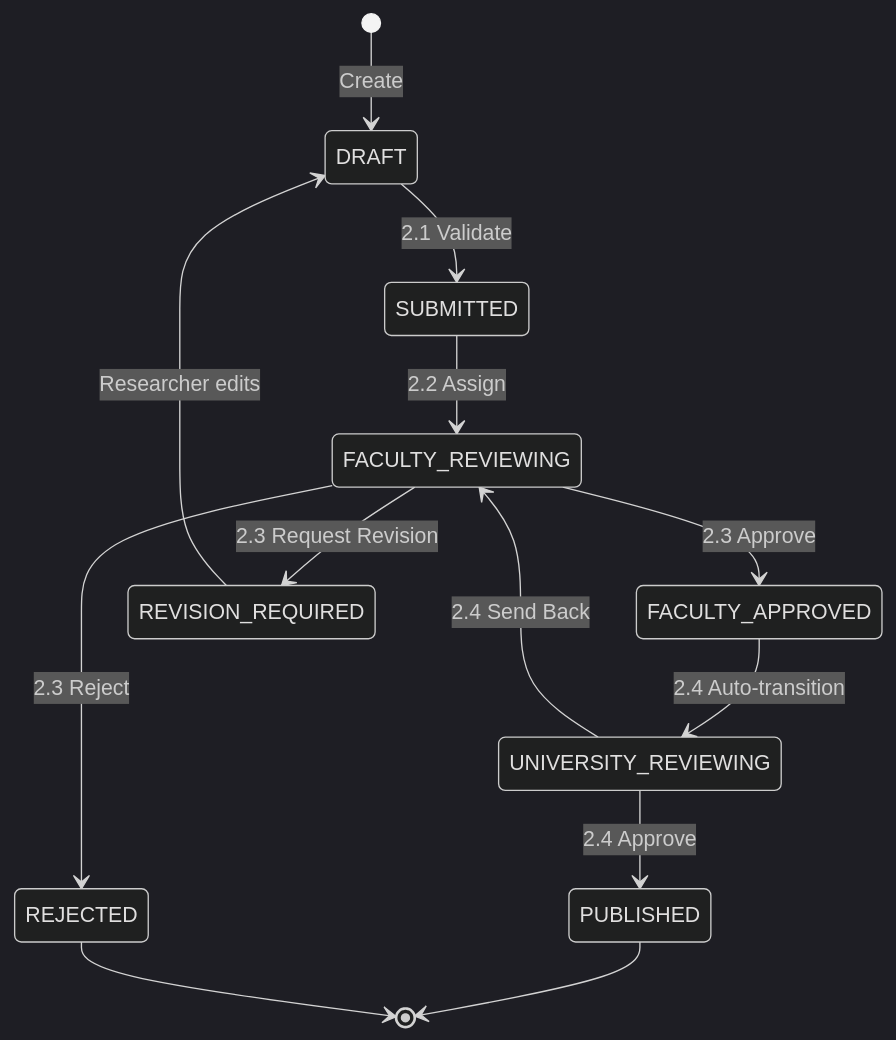
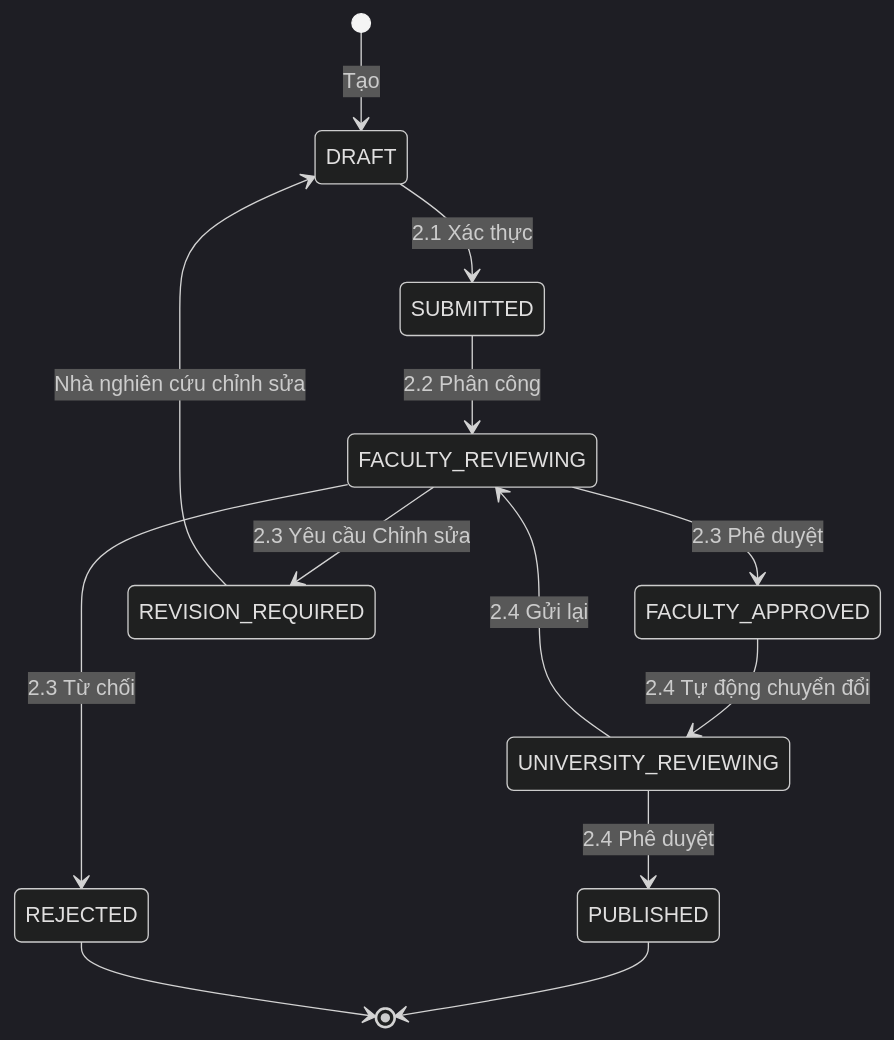
Before and after one commit to Ng0cTh4nhk5/ufpms-docs: the second of 2 diagrams in docs/06_Diagrams/DataFlow/dfd_level_2_approval.md, drawn with Mermaid (dark theme). The commit also changed other lines of this file and 70 other files, not shown here.

````diff
--- a/docs/06_Diagrams/DataFlow/dfd_level_2_approval.md
+++ b/docs/06_Diagrams/DataFlow/dfd_level_2_approval.md
@@ -254,20 +254,20 @@
 ```mermaid
 stateDiagram-v2
-    [*] --> DRAFT: Create
-    DRAFT --> SUBMITTED: 2.1 Validate
-    SUBMITTED --> FACULTY_REVIEWING: 2.2 Assign
+    [*] --> DRAFT: Tạo
+    DRAFT --> SUBMITTED: 2.1 Xác thực
+    SUBMITTED --> FACULTY_REVIEWING: 2.2 Phân công
     
-    FACULTY_REVIEWING --> FACULTY_APPROVED: 2.3 Approve
-    FACULTY_REVIEWING --> REVISION_REQUIRED: 2.3 Request Revision
-    FACULTY_REVIEWING --> REJECTED: 2.3 Reject
+    FACULTY_REVIEWING --> FACULTY_APPROVED: 2.3 Phê duyệt
+    FACULTY_REVIEWING --> REVISION_REQUIRED: 2.3 Yêu cầu Chỉnh sửa
+    FACULTY_REVIEWING --> REJECTED: 2.3 Từ chối
     
-    REVISION_REQUIRED --> DRAFT: Researcher edits
+    REVISION_REQUIRED --> DRAFT: Nhà nghiên cứu chỉnh sửa
     
-    FACULTY_APPROVED --> UNIVERSITY_REVIEWING: 2.4 Auto-transition
+    FACULTY_APPROVED --> UNIVERSITY_REVIEWING: 2.4 Tự động chuyển đổi
     
-    UNIVERSITY_REVIEWING --> PUBLISHED: 2.4 Approve
-    UNIVERSITY_REVIEWING --> FACULTY_REVIEWING: 2.4 Send Back
+    UNIVERSITY_REVIEWING --> PUBLISHED: 2.4 Phê duyệt
+    UNIVERSITY_REVIEWING --> FACULTY_REVIEWING: 2.4 Gửi lại
     
     PUBLISHED --> [*]
     REJECTED --> [*]
 ```
````
